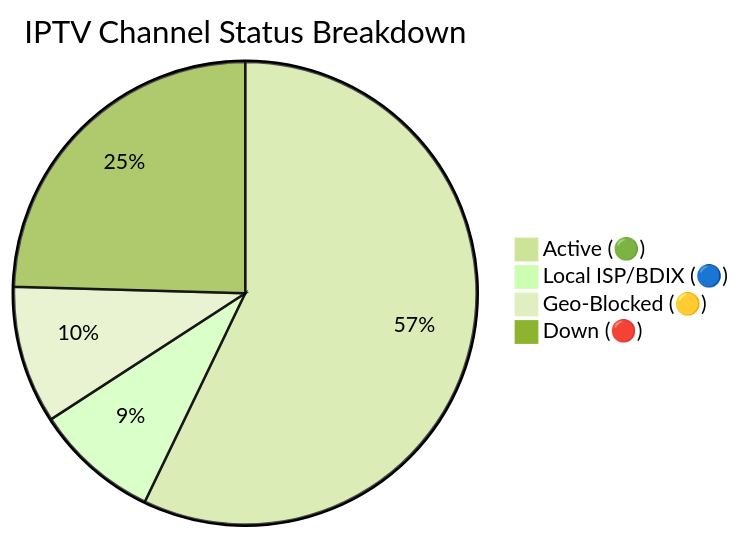
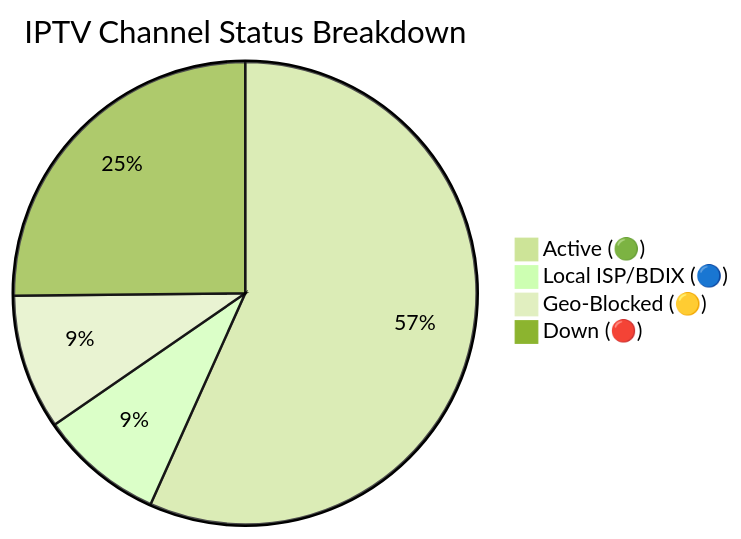
Before and after one commit to Zaman-Topu/Ip-tv-Collection: the diagram in README.md, drawn with Mermaid (forest theme). The commit also changed other lines of this file and 6 other files, not shown here.

````diff
--- a/README.md
+++ b/README.md
@@ -149,7 +149,7 @@
 ```mermaid
 pie title IPTV Channel Status Breakdown
-    "Active (🟢)" : 10730
-    "Local ISP/BDIX (🔵)" : 1632
-    "Geo-Blocked (🟡)" : 1804
-    "Down (🔴)" : 4611
+    "Active (🟢)" : 10659
+    "Local ISP/BDIX (🔵)" : 1631
+    "Geo-Blocked (🟡)" : 1775
+    "Down (🔴)" : 4730
 ```
````
